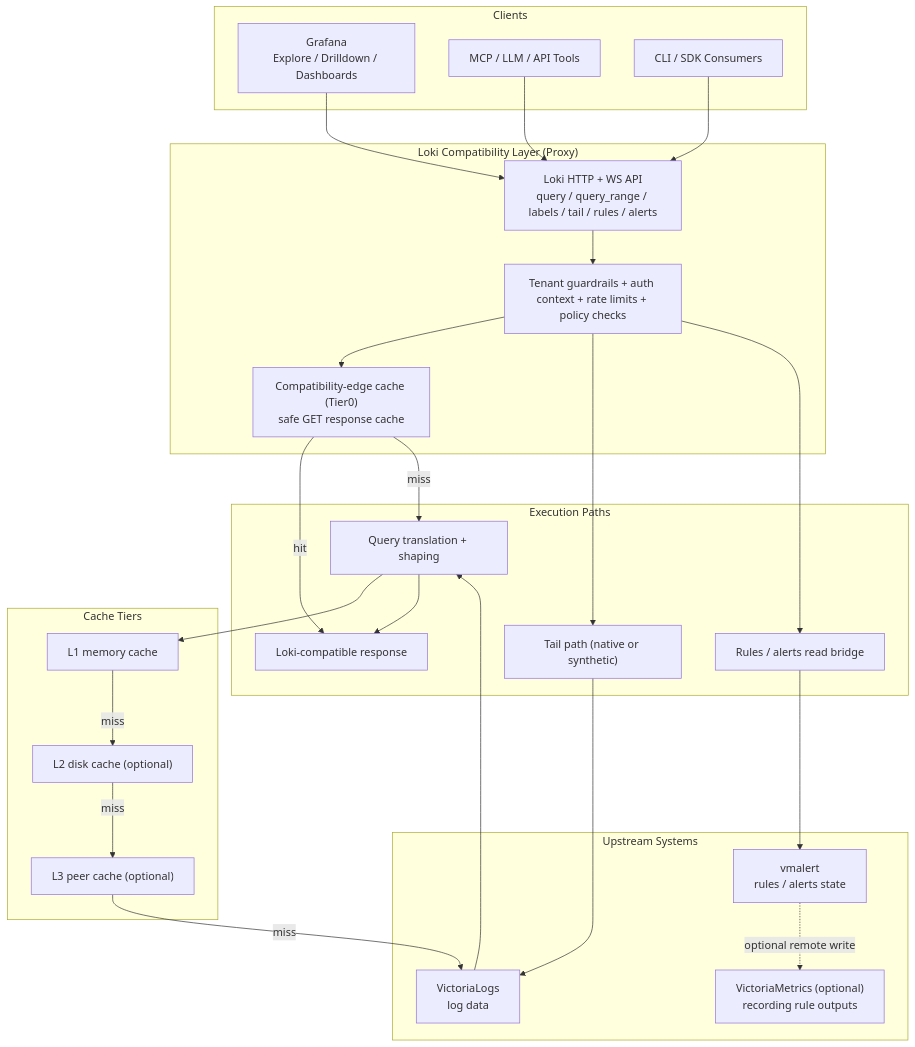
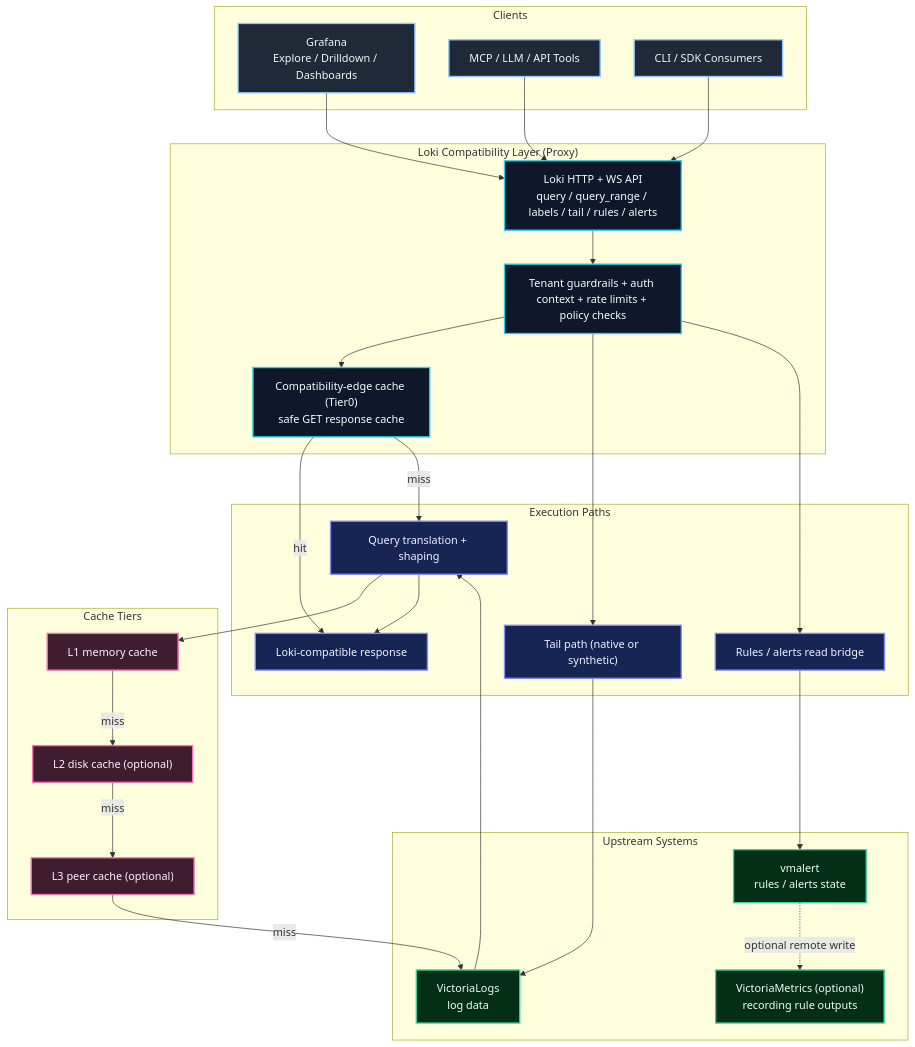
The second of 2 diagrams in README.md (ReliablyObserve/loki-vl-proxy), drawn with Mermaid before and after one commit. The commit also changed other lines of this file, not shown here.

Commit message:
docs(readme): restore full badge set and dark-ready mermaid styling

````diff
--- a/README.md
+++ b/README.md
@@ -64,56 +77,68 @@
 ```mermaid
 flowchart TD
     subgraph L1["Clients"]
         G["Grafana<br/>Explore / Drilldown / Dashboards"]
         M["MCP / LLM / API Tools"]
         C["CLI / SDK Consumers"]
     end
 
     subgraph L2["Loki Compatibility Layer (Proxy)"]
         API["Loki HTTP + WS API<br/>query / query_range / labels / tail / rules / alerts"]
         GUARD["Tenant guardrails + auth context + rate limits + policy checks"]
         EDGE["Compatibility-edge cache (Tier0)<br/>safe GET response cache"]
     end
 
     subgraph L3["Execution Paths"]
         Q["Query translation + shaping"]
         T["Tail path (native or synthetic)"]
         R["Rules / alerts read bridge"]
         RESP["Loki-compatible response"]
     end
 
     subgraph L4["Cache Tiers"]
         L1C["L1 memory cache"]
         L2C["L2 disk cache (optional)"]
         L3C["L3 peer cache (optional)"]
     end
 
     subgraph L5["Upstream Systems"]
         VL["VictoriaLogs<br/>log data"]
         VMA["vmalert<br/>rules / alerts state"]
         VM["VictoriaMetrics (optional)<br/>recording rule outputs"]
     end
 
     G --> API
     M --> API
     C --> API
 
     API --> GUARD
     GUARD --> EDGE
     EDGE -->|hit| RESP
     EDGE -->|miss| Q
 
     GUARD --> T
     GUARD --> R
 
     Q --> L1C
     L1C -->|miss| L2C
     L2C -->|miss| L3C
     L3C -->|miss| VL
     VL --> Q
     Q --> RESP
 
     T --> VL
     R --> VMA
     VMA -. optional remote write .-> VM
+
+    classDef client fill:#1f2937,stroke:#93c5fd,color:#f3f4f6,stroke-width:2px;
+    classDef api fill:#0f172a,stroke:#22d3ee,color:#f8fafc,stroke-width:2px;
+    classDef exec fill:#172554,stroke:#818cf8,color:#eef2ff,stroke-width:2px;
+    classDef cache fill:#3f1d2e,stroke:#f472b6,color:#fdf2f8,stroke-width:2px;
+    classDef upstream fill:#052e16,stroke:#34d399,color:#ecfdf5,stroke-width:2px;
+
+    class G,M,C client;
+    class API,GUARD,EDGE api;
+    class Q,T,R,RESP exec;
+    class L1C,L2C,L3C cache;
+    class VL,VMA,VM upstream;
 ```
````
